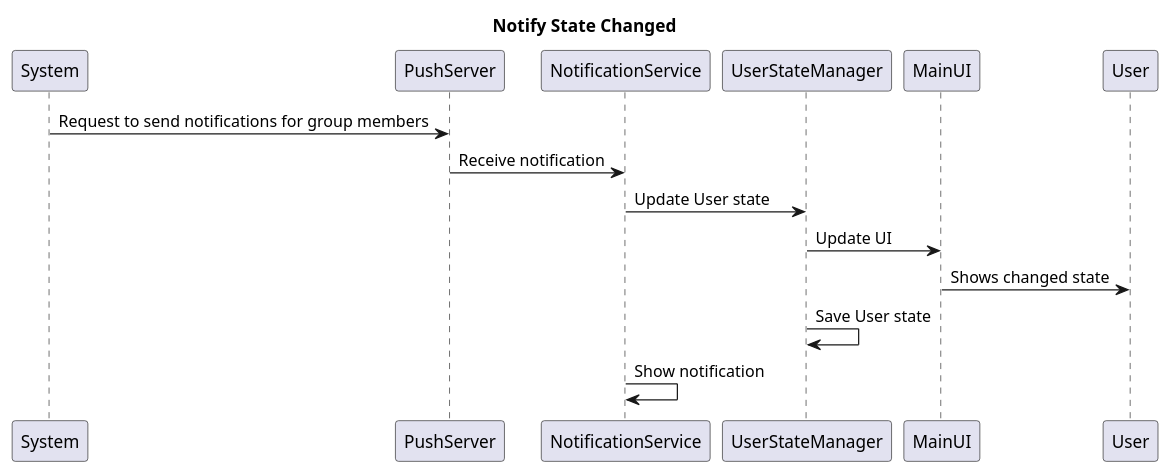
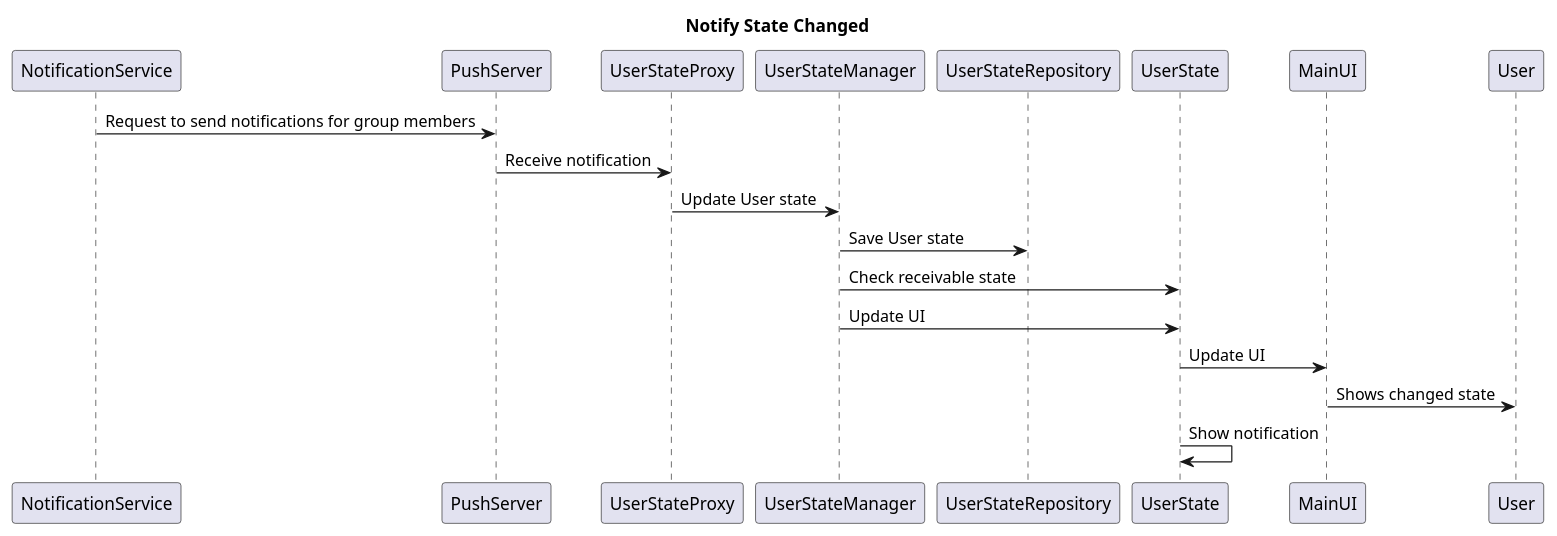
One commit to 2bellwater/EMO_USE_CASE changed the diagram in UC_GET_NOTIFICATION.wsd. Above: the diagram before and after it, drawn with PlantUML. The commit also changed 2 other files, not shown here.

Commit message:
Add proxy and UserState

```diff
--- a/UC_GET_NOTIFICATION.wsd
+++ b/UC_GET_NOTIFICATION.wsd
@@ -1,10 +1,12 @@
 @startuml
 title Notify State Changed
-System -> PushServer : Request to send notifications for group members
-PushServer -> NotificationService : Receive notification
-NotificationService -> UserStateManager : Update User state
-UserStateManager -> MainUI : Update UI
+NotificationService -> PushServer : Request to send notifications for group members
+PushServer -> UserStateProxy : Receive notification
+UserStateProxy -> UserStateManager : Update User state
+UserStateManager -> UserStateRepository : Save User state
+UserStateManager -> UserState : Check receivable state
+UserStateManager -> UserState : Update UI
+UserState -> MainUI : Update UI
 MainUI -> User : Shows changed state
-UserStateManager -> UserStateManager : Save User state
-NotificationService -> NotificationService : Show notification
+UserState -> UserState : Show notification
 @enduml
```
